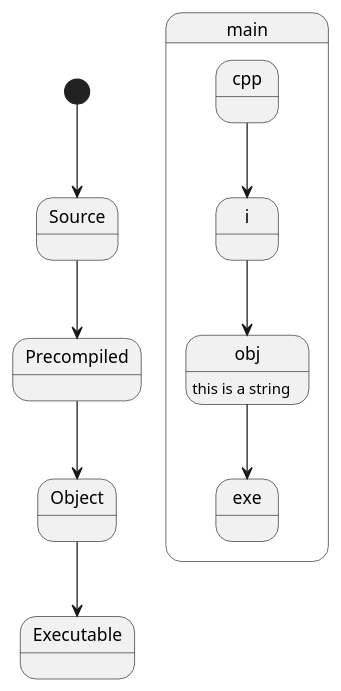
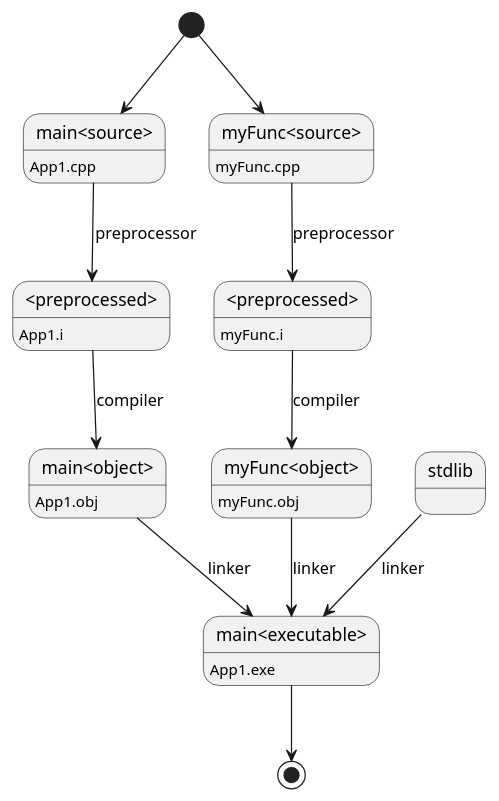
Before and after one commit to Obywatelecki/CppTraining: the diagram in book/999/test.md, drawn with PlantUML.

```diff
--- a/book/999/test.md
+++ b/book/999/test.md
@@ -5,13 +5,37 @@
 {% plantuml %}
 
-[*] --> Source
-Source --> Precompiled
-Precompiled --> Object
-Object --> Executable
 
-main.cpp --> main.i
-main.i --> main.obj
-main.obj --> main.exe
-main.obj : this is a string
+state "main<source>"     as Source_main
+state "<preprocessed>"   as Preprocessed_main
+
+state "myFunc<source>"   as Source_myFunction
+state "<preprocessed>"   as Preprocessed_myFunction
+
+state "main<object>"     as Object_main
+state "myFunc<object>"   as Object_myFunction
+state "main<executable>" as Executable
+
+[*]                     --> Source_main
+Source_main             --> Preprocessed_main       : preprocessor
+Preprocessed_main       --> Object_main             : compiler
+
+[*]                     --> Source_myFunction
+Source_myFunction       --> Preprocessed_myFunction : preprocessor
+Preprocessed_myFunction --> Object_myFunction       : compiler 
+
+Object_main             --> Executable              : linker
+Object_myFunction       --> Executable              : linker
+stdlib                  --> Executable              : linker
+Executable              --> [*]
+
+Source_main             : App1.cpp
+Preprocessed_main       : App1.i
+
+Source_myFunction       : myFunc.cpp
+Preprocessed_myFunction : myFunc.i
+
+Object_main             : App1.obj
+Object_myFunction       : myFunc.obj
+Executable              : App1.exe
 
 {% endplantuml %}
```
